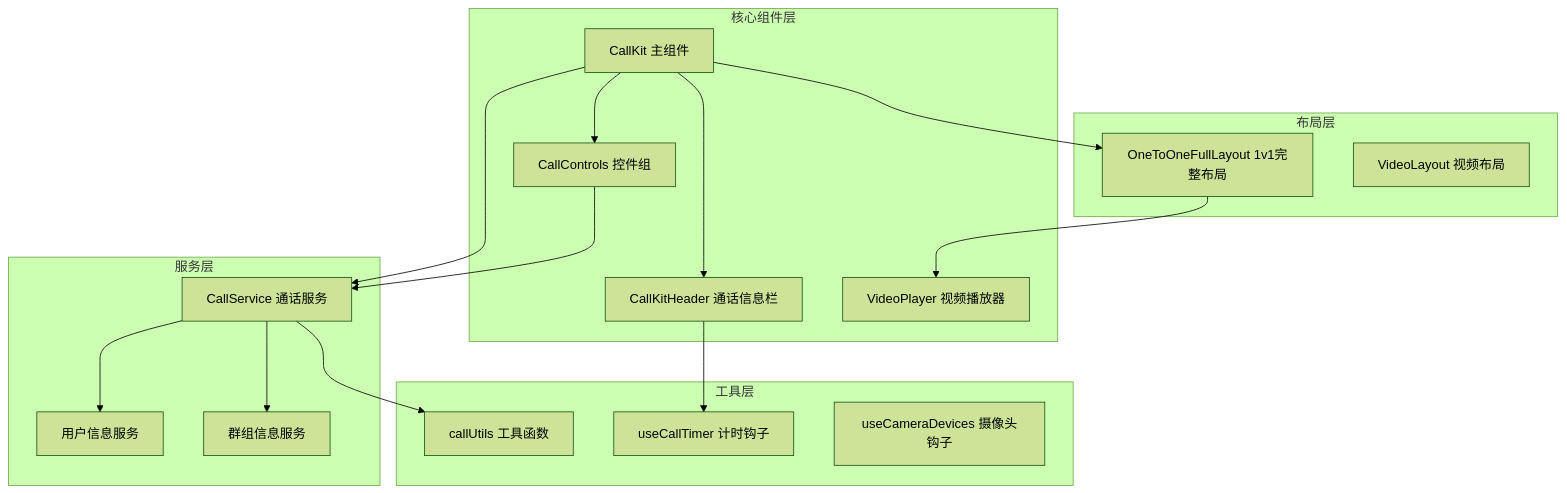
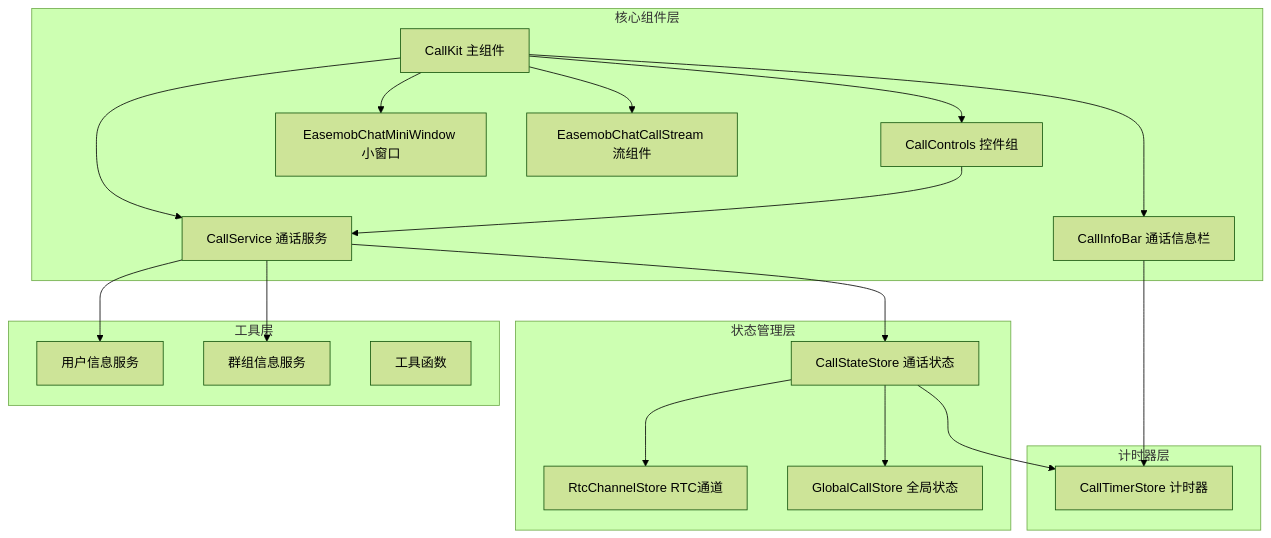
Before and after one commit to Easemob-Community/easemob-uikit-callkit-vue3: the first of 8 diagrams in .qoder/repowiki/zh/content/核心组件/单人通话组件/单人通话组件.md, drawn with Mermaid (forest theme). The commit also changed other lines of this file and 54 other files, not shown here.

First line of the commit message:
refactor: 清理废弃代码 + 移出 RtcService 实例 + API 便捷性优化

````diff
--- a/.qoder/repowiki/zh/content/核心组件/单人通话组件/单人通话组件.md
+++ b/.qoder/repowiki/zh/content/核心组件/单人通话组件/单人通话组件.md
@@ -49,33 +49,36 @@
 ```mermaid
 graph TB
 subgraph "核心组件层"
 CK[CallKit 主组件]
 CC[CallControls 控件组]
-CH[CallKitHeader 通话信息栏]
-VP[VideoPlayer 视频播放器]
+CH[CallInfoBar 通话信息栏]
+CS[CallService 通话服务]
+CMW[EasemobChatMiniWindow 小窗口]
+CSC[EasemobChatCallStream 流组件]
 end
-subgraph "服务层"
-CS[CallService 通话服务]
+subgraph "状态管理层"
+CTS[CallStateStore 通话状态]
+RTS[RtcChannelStore RTC通道]
+GCS[GlobalCallStore 全局状态]
+CTS --> RTS
+CTS --> GCS
+end
+subgraph "计时器层"
+CTS --> CTS2[CallTimerStore 计时器]
+end
+subgraph "工具层"
 US[用户信息服务]
 GS[群组信息服务]
-end
-subgraph "布局层"
-OTO[OneToOneFullLayout 1v1完整布局]
-VL[VideoLayout 视频布局]
-end
-subgraph "工具层"
-UT[callUtils 工具函数]
-CT[useCallTimer 计时钩子]
-CD[useCameraDevices 摄像头钩子]
+UT[工具函数]
 end
 CK --> CC
 CK --> CH
 CK --> CS
-CK --> OTO
+CK --> CMW
+CK --> CSC
 CC --> CS
-CH --> CT
-OTO --> VP
+CH --> CTS2
 CS --> US
 CS --> GS
-CS --> UT
+CS --> CTS
 ```
````
